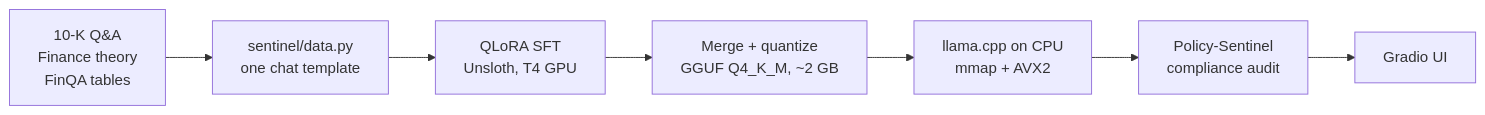
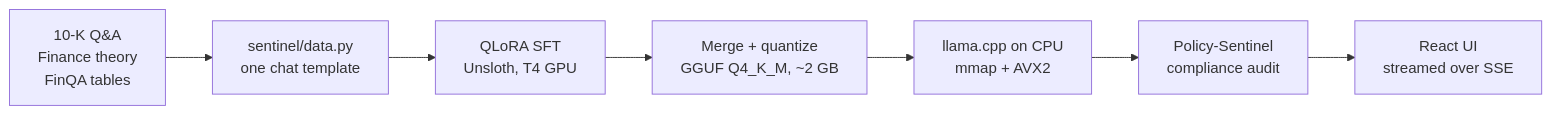
The diagram in README.md (Prakruthi19/fintune-sentinel), drawn with Mermaid before and after one commit. The commit also changed other lines of this file and 37 other files, not shown here.

````diff
--- a/README.md
+++ b/README.md
@@ -17,9 +21,9 @@
 ```mermaid
 flowchart LR
     A[10-K Q&A<br/>Finance theory<br/>FinQA tables] --> B[sentinel/data.py<br/>one chat template]
     B --> C[QLoRA SFT<br/>Unsloth, T4 GPU]
     C --> D[Merge + quantize<br/>GGUF Q4_K_M, ~2 GB]
     D --> E[llama.cpp on CPU<br/>mmap + AVX2]
     E --> F[Policy-Sentinel<br/>compliance audit]
-    F --> G[Gradio UI]
+    F --> G[React UI<br/>streamed over SSE]
 ```
````
